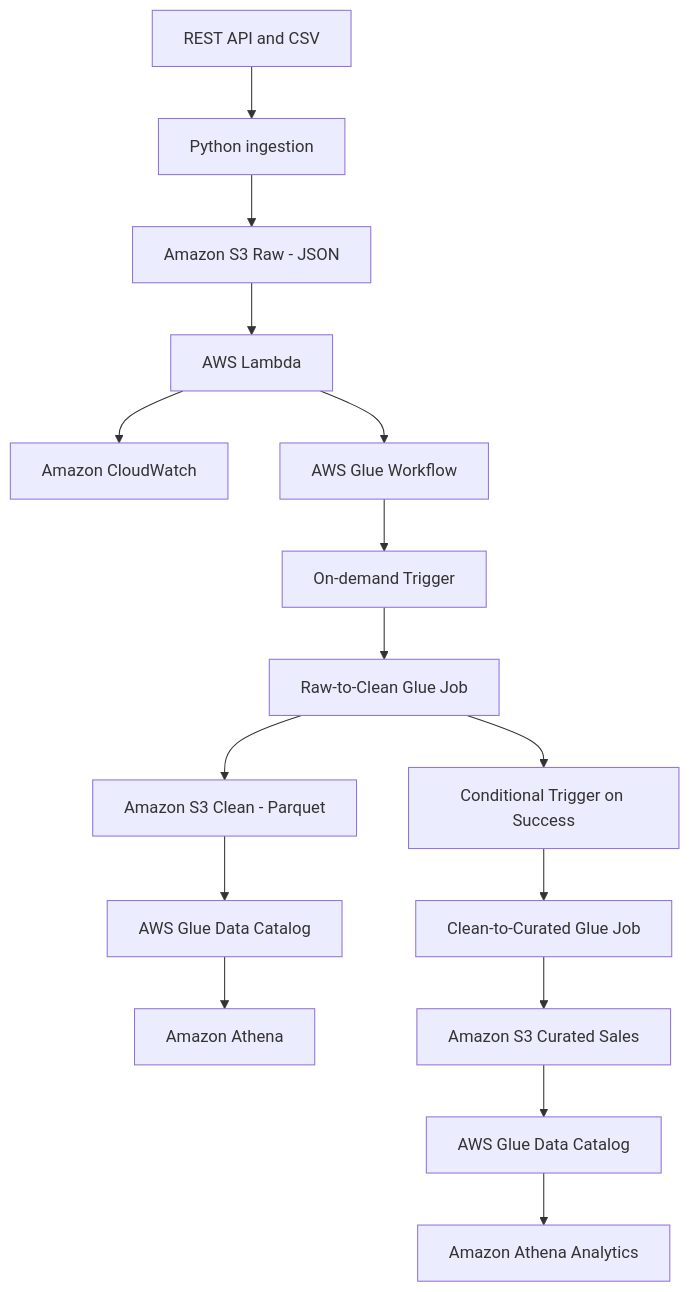
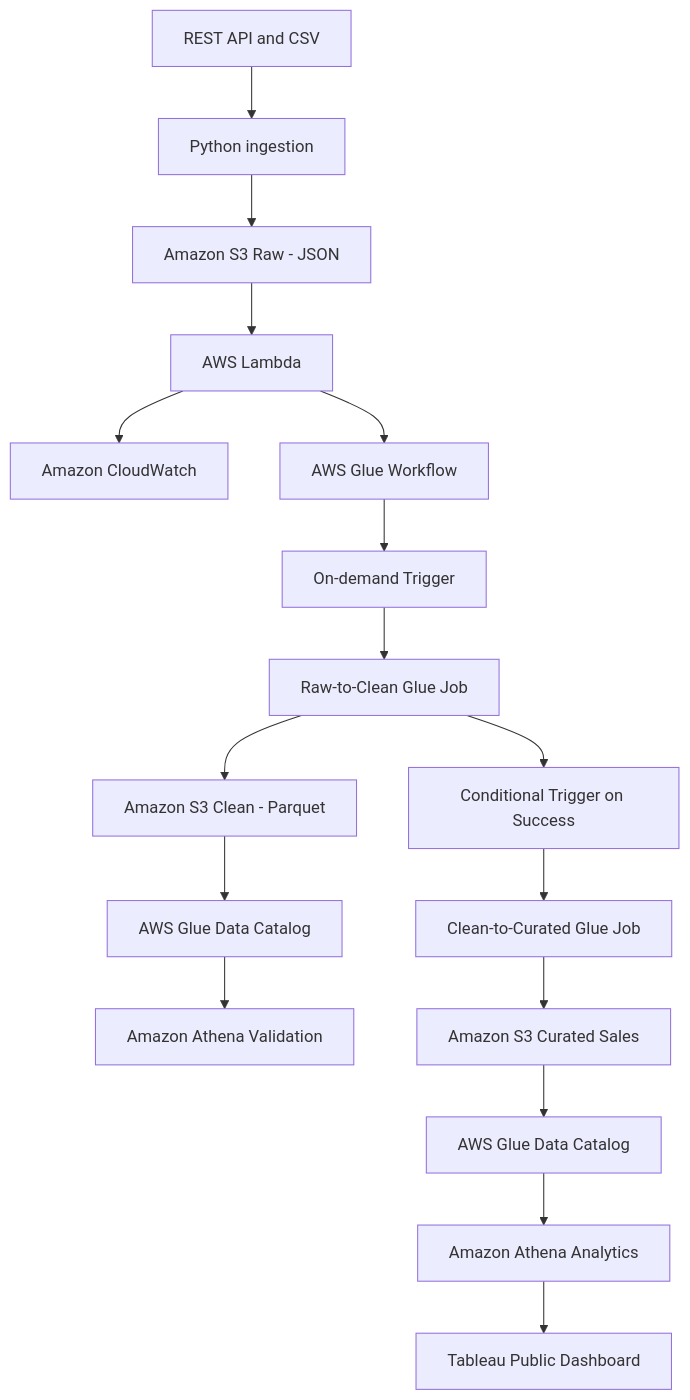
One commit to semiramisgh/aws-ecommerce-data-platform changed the diagram in README.md. Above: the diagram before and after it, drawn with Mermaid. The commit also changed other lines of this file and 3 other files, not shown here.

Commit message:
feat: add Tableau sales dashboard

````diff
--- a/README.md
+++ b/README.md
@@ -10,18 +45,19 @@
 ```mermaid
 flowchart TD
 A["REST API and CSV"] --> B["Python ingestion"]
 B --> C["Amazon S3 Raw - JSON"]
 C --> D["AWS Lambda"]
 D --> E["Amazon CloudWatch"]
 D --> F["AWS Glue Workflow"]
 F --> G["On-demand Trigger"]
 G --> H["Raw-to-Clean Glue Job"]
 H --> I["Amazon S3 Clean - Parquet"]
 I --> J["AWS Glue Data Catalog"]
-J --> K["Amazon Athena"]
+J --> K["Amazon Athena Validation"]
 H --> L["Conditional Trigger on Success"]
 L --> M["Clean-to-Curated Glue Job"]
 M --> N["Amazon S3 Curated Sales"]
 N --> O["AWS Glue Data Catalog"]
 O --> P["Amazon Athena Analytics"]
+P --> Q["Tableau Public Dashboard"]
 ```
````
